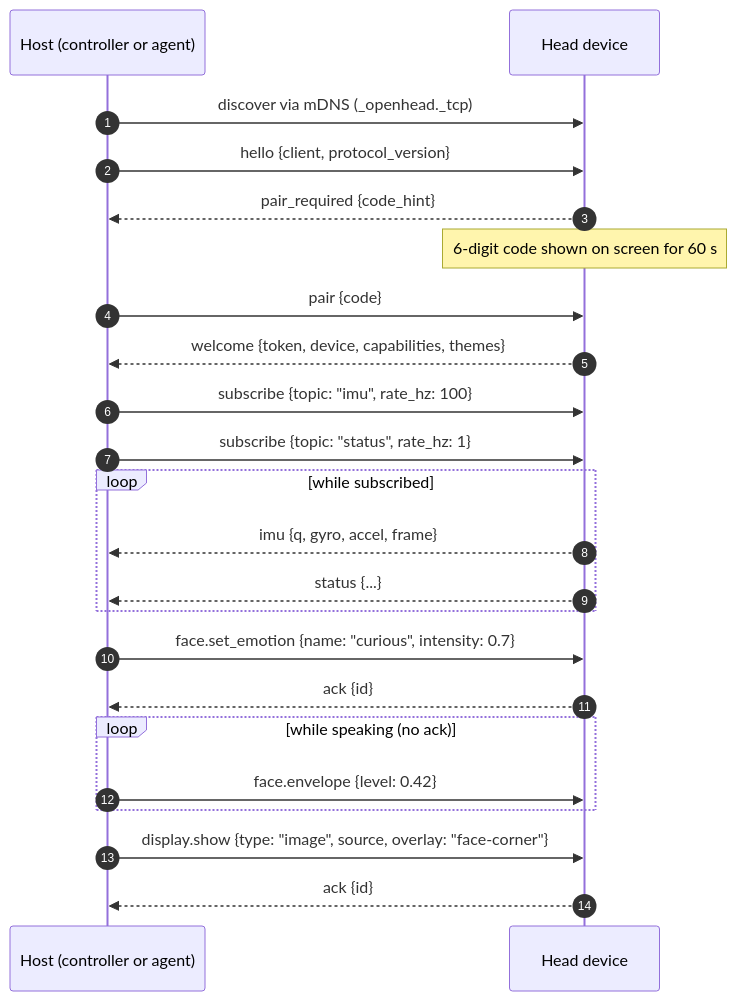
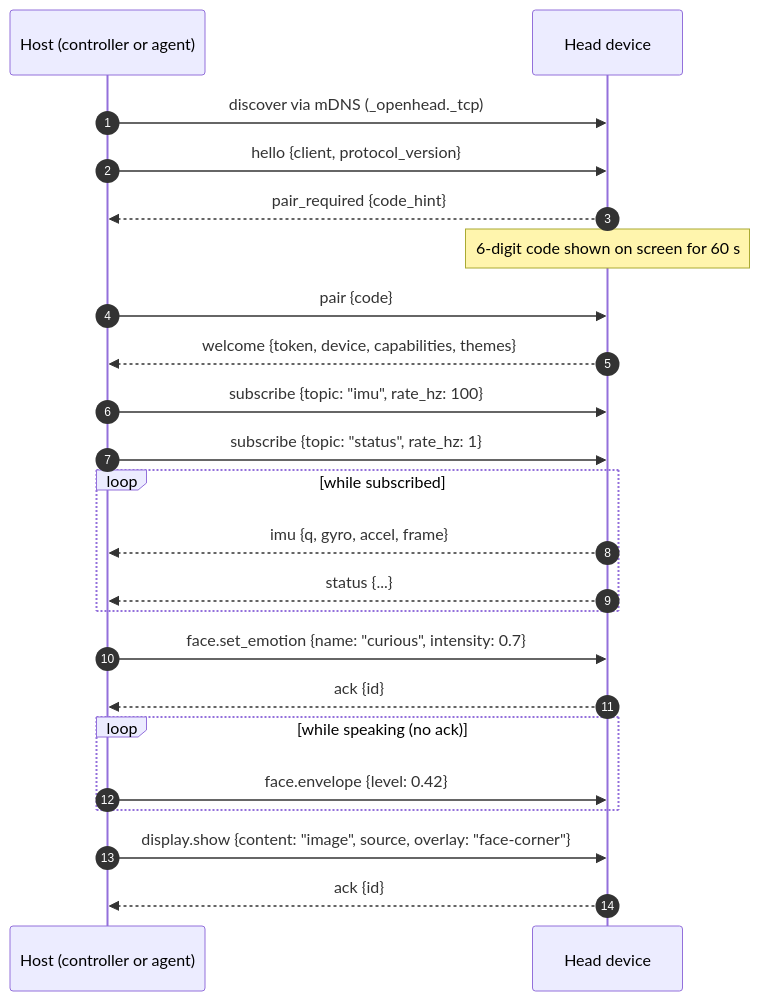
The second of 4 diagrams in README.md (PatrikBichis/openhead), drawn with Mermaid before and after one commit. The commit also changed other lines of this file and 9 other files, not shown here.

````diff
--- a/README.md
+++ b/README.md
@@ -107,28 +107,28 @@
 ```mermaid
 sequenceDiagram
     autonumber
     participant H as Host (controller or agent)
     participant D as Head device
 
     H->>D: discover via mDNS (_openhead._tcp)
     H->>D: hello {client, protocol_version}
     D-->>H: pair_required {code_hint}
     Note over D: 6-digit code shown on screen for 60 s
     H->>D: pair {code}
     D-->>H: welcome {token, device, capabilities, themes}
 
     H->>D: subscribe {topic: "imu", rate_hz: 100}
     H->>D: subscribe {topic: "status", rate_hz: 1}
     loop while subscribed
         D-->>H: imu {q, gyro, accel, frame}
         D-->>H: status {...}
     end
 
     H->>D: face.set_emotion {name: "curious", intensity: 0.7}
     D-->>H: ack {id}
     loop while speaking (no ack)
         H->>D: face.envelope {level: 0.42}
     end
-    H->>D: display.show {type: "image", source, overlay: "face-corner"}
+    H->>D: display.show {content: "image", source, overlay: "face-corner"}
     D-->>H: ack {id}
 ```
````
